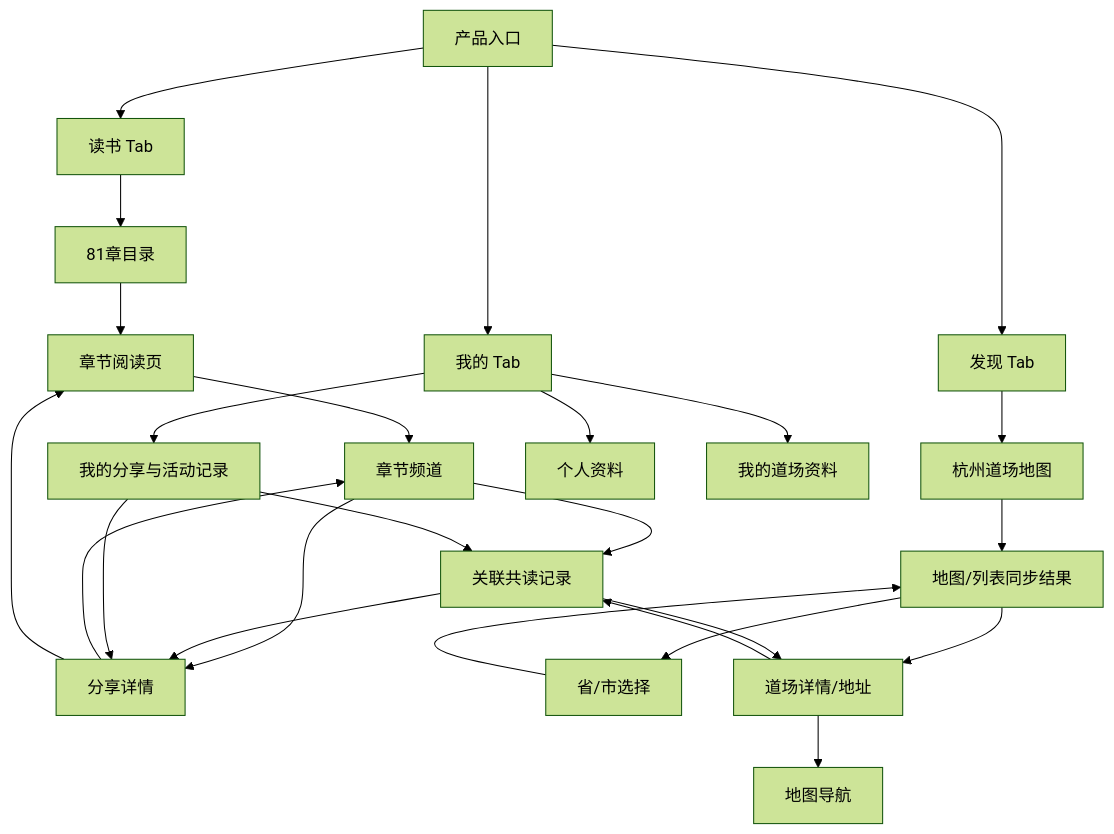
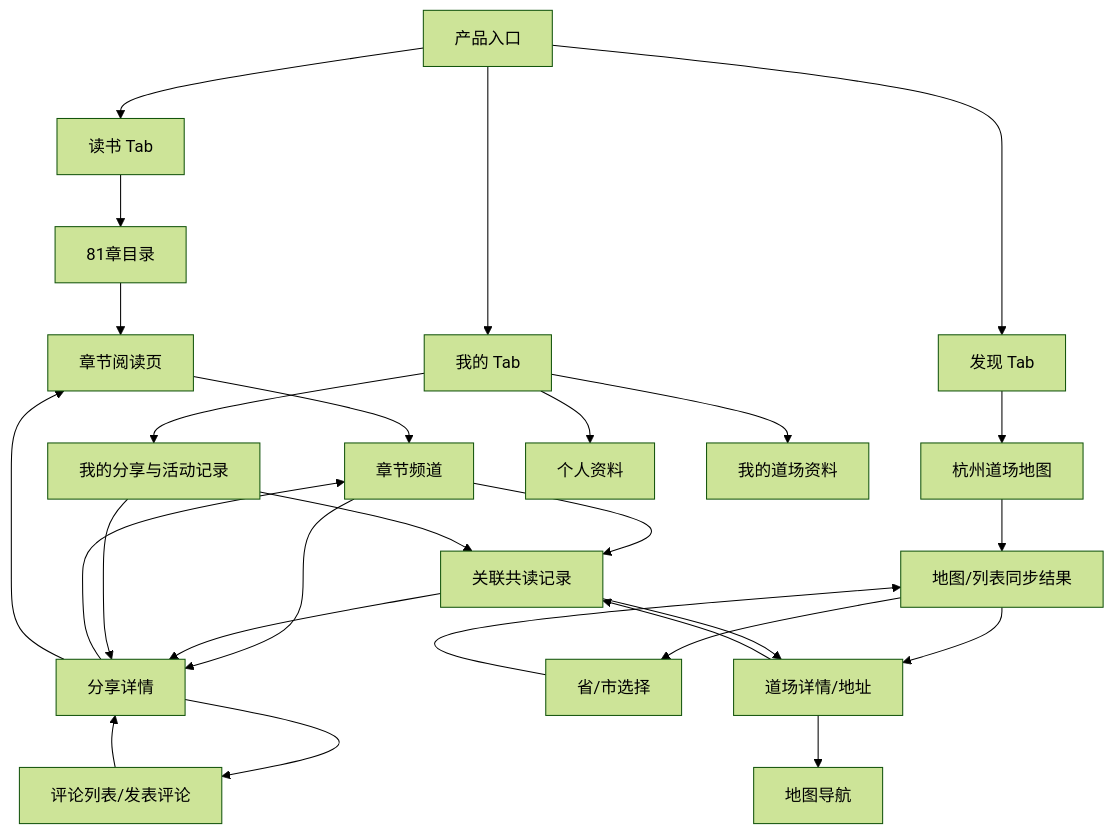
Before and after one commit to yipengmu/daodejing: the first of 6 diagrams in docs/product-page-flow-spec.md, drawn with Mermaid (forest theme). The commit also changed other lines of this file and 14 other files, not shown here.

````diff
--- a/docs/product-page-flow-spec.md
+++ b/docs/product-page-flow-spec.md
@@ -35,31 +37,33 @@
 ```mermaid
 flowchart TD
   App[产品入口]
   App --> Read[读书 Tab]
   App --> Discover[发现 Tab]
   App --> Me[我的 Tab]
 
   Read --> Catalog[81章目录]
   Catalog --> Chapter[章节阅读页]
   Chapter --> Channel[章节频道]
   Channel --> Gathering[关联共读记录]
   Channel --> Share[分享详情]
+  Share --> Comment[评论列表/发表评论]
+  Comment --> Share
   Share --> Channel
   Share --> Chapter
 
   Discover --> DojoMap[杭州道场地图]
   DojoMap --> DojoList[地图/列表同步结果]
   DojoList --> Region[省/市选择]
   Region --> DojoList
   DojoList --> Dojo[道场详情/地址]
   Dojo --> ExternalMap[地图导航]
   Gathering --> Dojo
   Gathering --> Share
   Dojo --> Gathering
 
   Me --> MyContent[我的分享与活动记录]
   Me --> Profile[个人资料]
   Me --> Manage[我的道场资料]
   MyContent --> Share
   MyContent --> Gathering
 ```
````
